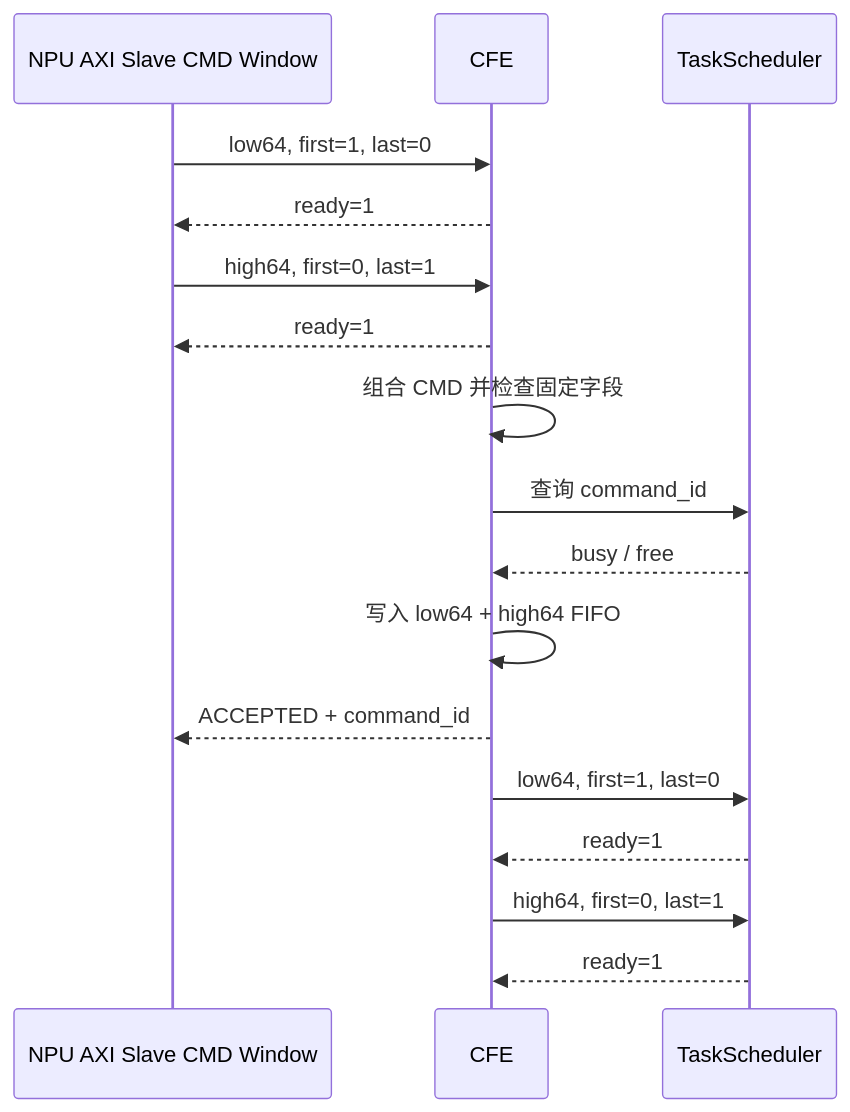
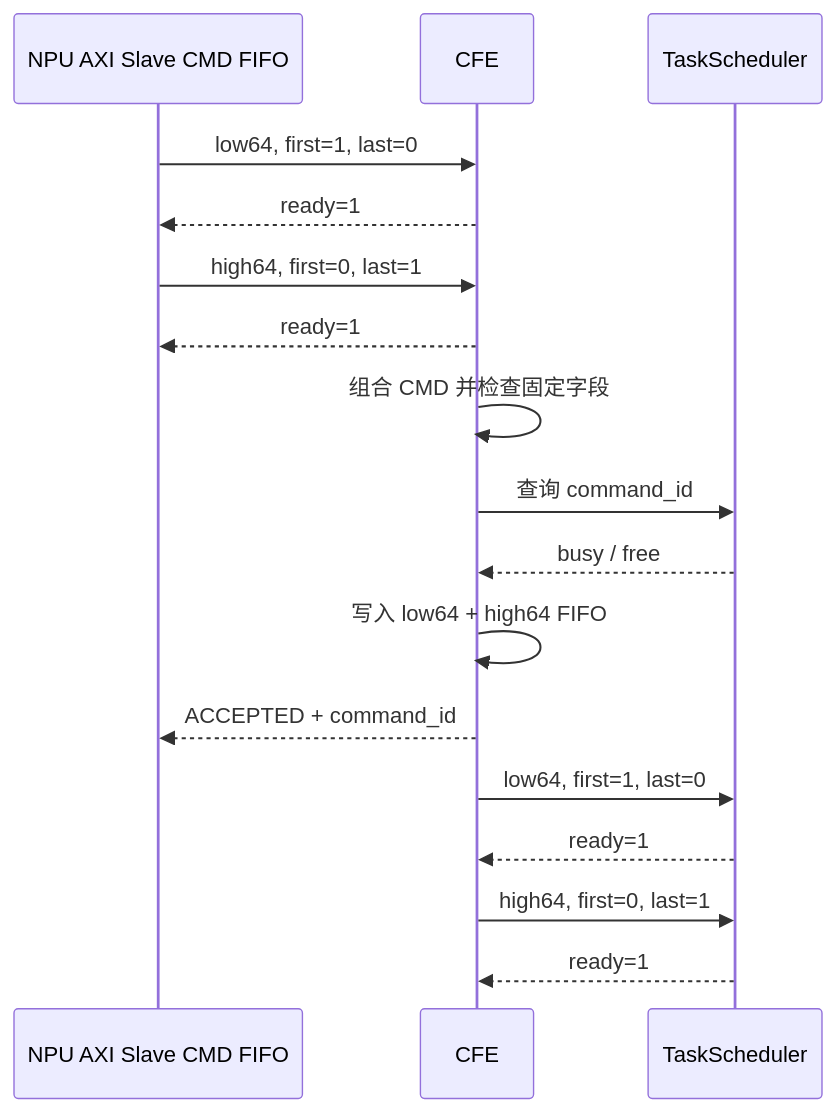
One commit to Little-W/Obsidian changed the fifth of 17 diagrams in NPU/NPU 指令与硬件架构设计 Spec.md. Above: the diagram before and after it, drawn with Mermaid. The commit also changed other lines of this file and 27 other files, not shown here.

````diff
--- a/NPU/NPU 指令与硬件架构设计 Spec.md
+++ b/NPU/NPU 指令与硬件架构设计 Spec.md
@@ -1293,21 +1373,21 @@
 ```mermaid
 %%{init: {"sequence": {"useMaxWidth": true, "actorMargin": 14, "width": 82, "messageMargin": 10, "noteMargin": 6}, "themeVariables": {"fontSize": "11px"}}}%%
 sequenceDiagram
-    participant AXIS as NPU AXI Slave CMD Window
+    participant AXIS as NPU AXI Slave CMD FIFO
     participant CFE
     participant TS as TaskScheduler
 
     AXIS->>CFE: low64, first=1, last=0
     CFE-->>AXIS: ready=1
     AXIS->>CFE: high64, first=0, last=1
     CFE-->>AXIS: ready=1
     CFE->>CFE: 组合 CMD 并检查固定字段
     CFE->>TS: 查询 command_id
     TS-->>CFE: busy / free
     CFE->>CFE: 写入 low64 + high64 FIFO
     CFE-->>AXIS: ACCEPTED + command_id
     CFE->>TS: low64, first=1, last=0
     TS-->>CFE: ready=1
     CFE->>TS: high64, first=0, last=1
     TS-->>CFE: ready=1
 ```
````
